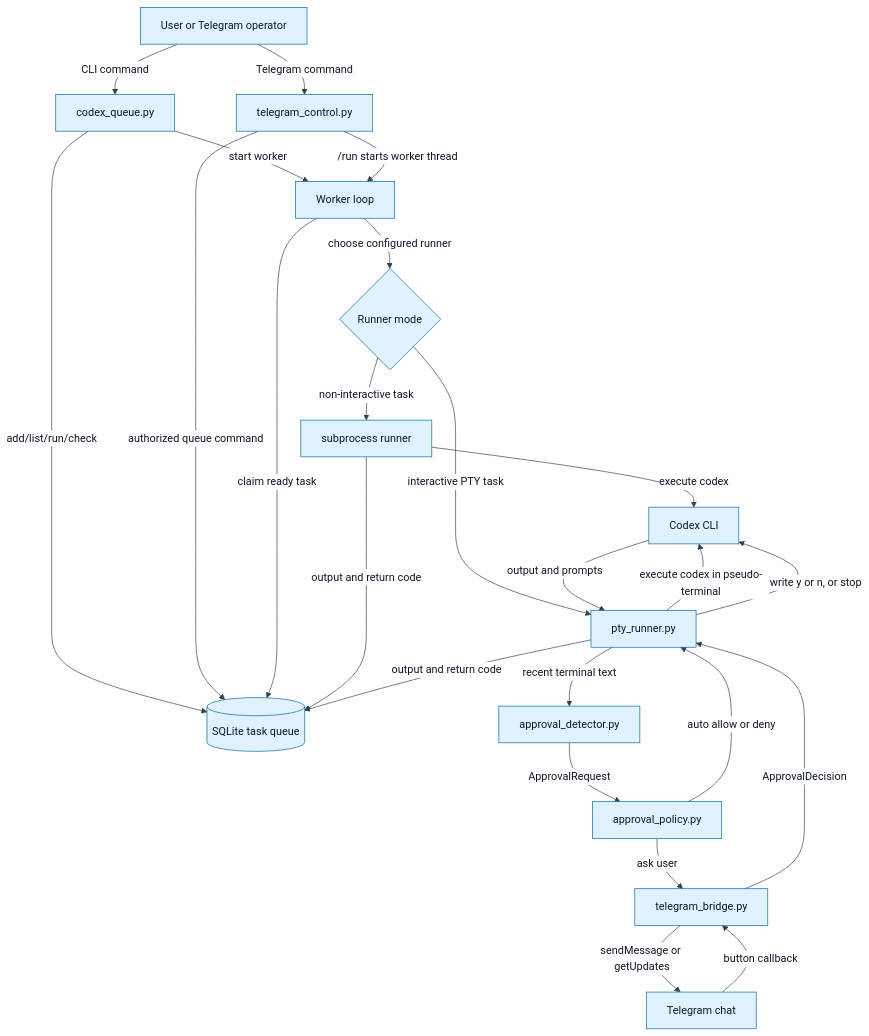
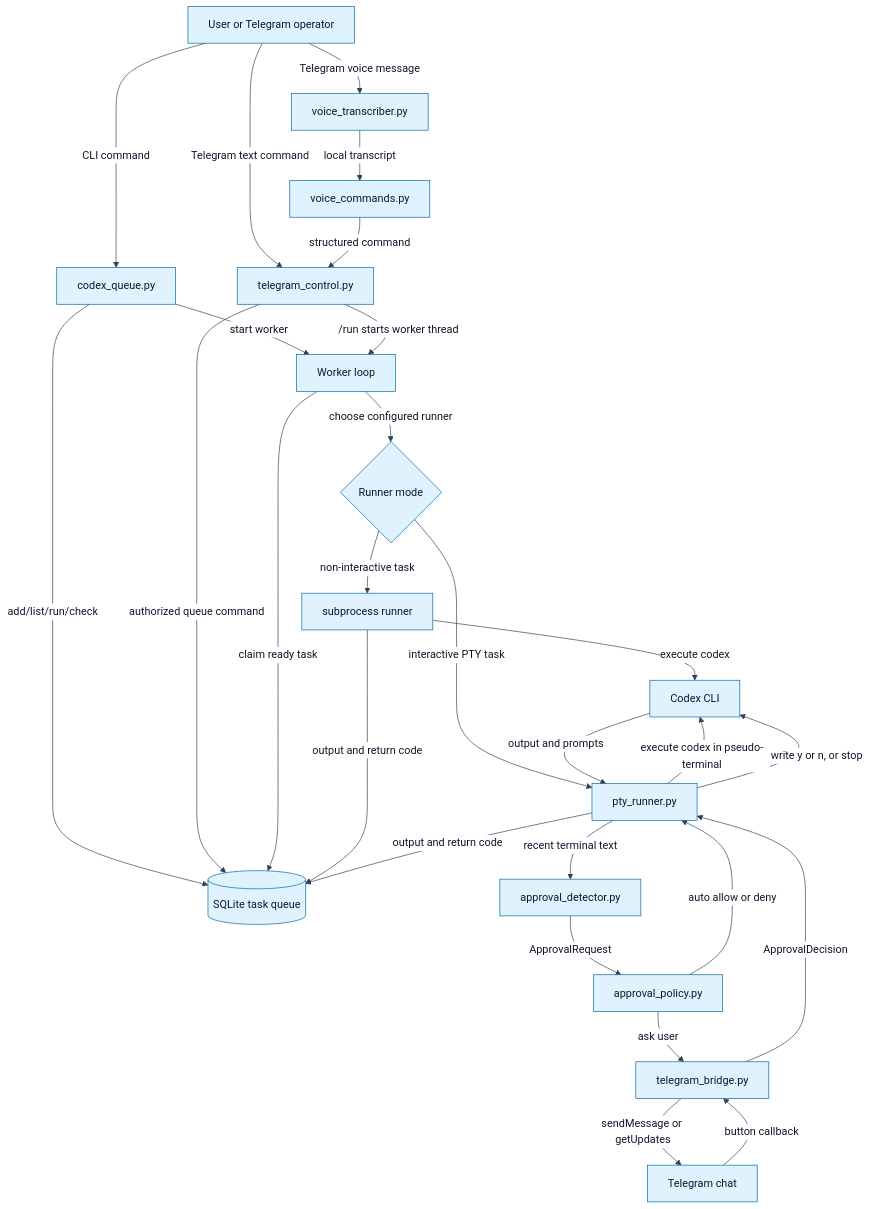
Before and after one commit to kinderp/durex: the diagram in docs/SYSTEM_OVERVIEW.md, drawn with Mermaid. The commit also changed other lines of this file and 5 other files, not shown here.

First line of the commit message:
docs: document Telegram voice commands

````diff
--- a/docs/SYSTEM_OVERVIEW.md
+++ b/docs/SYSTEM_OVERVIEW.md
@@ -31,41 +31,46 @@
 ```mermaid
 %%{init: {"theme":"base","themeVariables":{"background":"#ffffff","primaryColor":"#e0f2fe","primaryTextColor":"#0f172a","primaryBorderColor":"#0369a1","lineColor":"#334155","secondaryColor":"#dcfce7","secondaryTextColor":"#0f172a","secondaryBorderColor":"#15803d","tertiaryColor":"#fef3c7","tertiaryTextColor":"#0f172a","tertiaryBorderColor":"#b45309","edgeLabelBackground":"#ffffff","clusterBkg":"#f8fafc","clusterBorder":"#cbd5e1","fontFamily":"Arial, sans-serif"}}}%%
 flowchart TD
     User[User or Telegram operator]
     CLI[codex_queue.py]
     Control[telegram_control.py]
+    VoiceParser[voice_commands.py]
+    VoiceSTT[voice_transcriber.py]
     DB[(SQLite task queue)]
     Worker[Worker loop]
     Runner{Runner mode}
     Subprocess[subprocess runner]
     PTY[pty_runner.py]
     Codex[Codex CLI]
     Detector[approval_detector.py]
     Policy[approval_policy.py]
     Bridge[telegram_bridge.py]
     Phone[Telegram chat]
 
     User -->|CLI command| CLI
-    User -->|Telegram command| Control
+    User -->|Telegram text command| Control
+    User -->|Telegram voice message| VoiceSTT
+    VoiceSTT -->|local transcript| VoiceParser
+    VoiceParser -->|structured command| Control
     CLI -->|add/list/run/check| DB
     Control -->|authorized queue command| DB
     CLI -->|start worker| Worker
     Control -->|/run starts worker thread| Worker
     Worker -->|claim ready task| DB
     Worker -->|choose configured runner| Runner
     Runner -->|non-interactive task| Subprocess
     Runner -->|interactive PTY task| PTY
     Subprocess -->|execute codex| Codex
     PTY -->|execute codex in pseudo-terminal| Codex
     Codex -->|output and prompts| PTY
     PTY -->|recent terminal text| Detector
     Detector -->|ApprovalRequest| Policy
     Policy -->|auto allow or deny| PTY
     Policy -->|ask user| Bridge
     Bridge -->|sendMessage or getUpdates| Phone
     Phone -->|button callback| Bridge
     Bridge -->|ApprovalDecision| PTY
     PTY -->|write y or n, or stop| Codex
     Subprocess -->|output and return code| DB
     PTY -->|output and return code| DB
 ```
````
